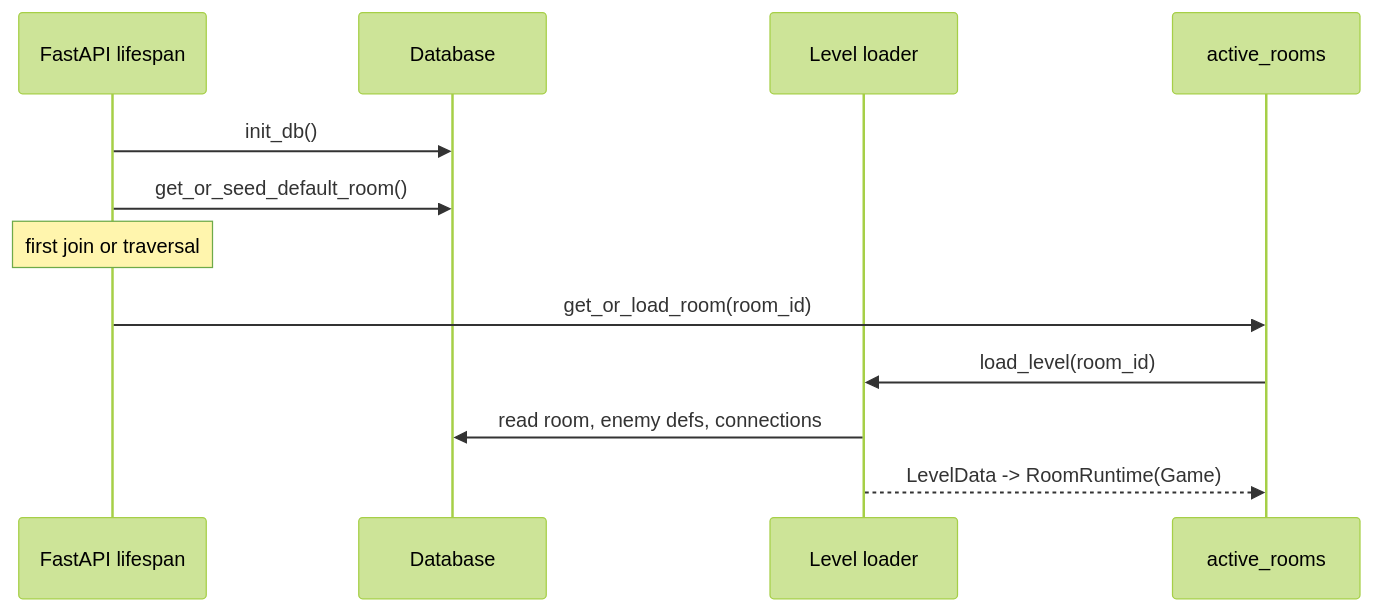
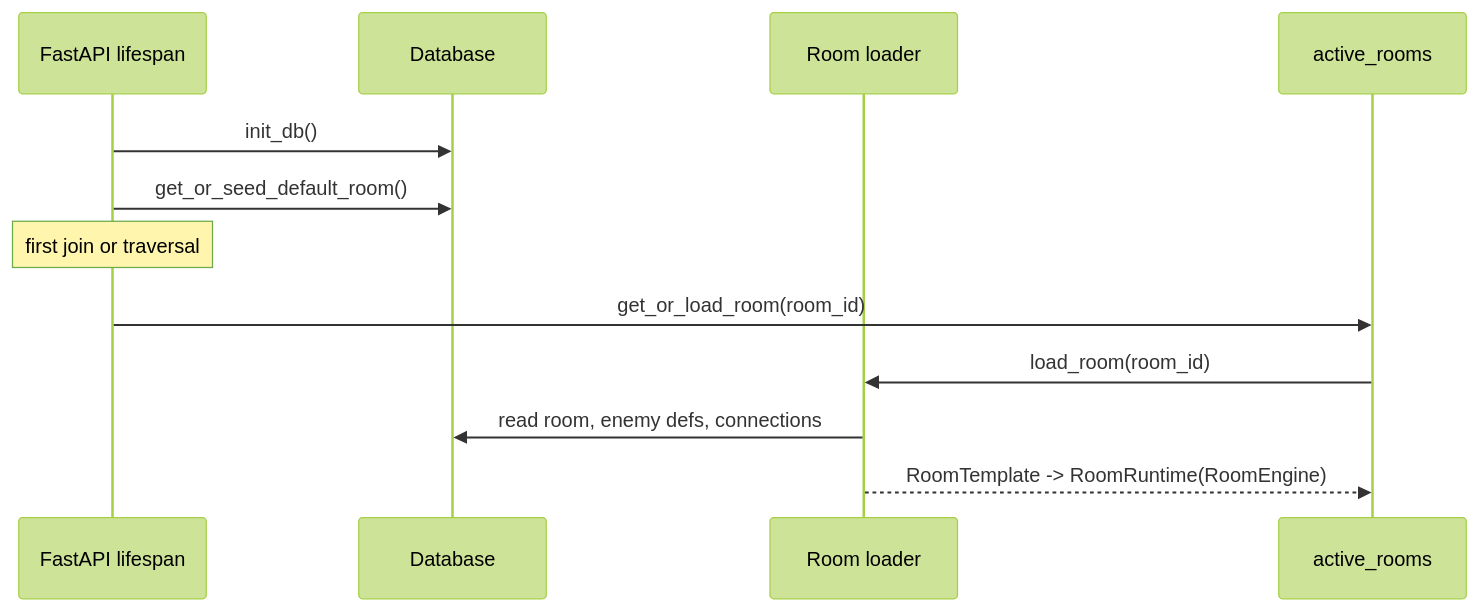
One commit to GoldenWind8/roguelike-mvp changed the second of 6 diagrams in docs/ARCHITECTURE.md. Above: the diagram before and after it, drawn with Mermaid (forest theme). The commit also changed other lines of this file and 29 other files, not shown here.

````diff
--- a/docs/ARCHITECTURE.md
+++ b/docs/ARCHITECTURE.md
@@ -54,15 +54,15 @@
 ```mermaid
 sequenceDiagram
     participant App as FastAPI lifespan
     participant DB as Database
-    participant Loader as Level loader
+    participant Loader as Room loader
     participant Reg as active_rooms
 
     App->>DB: init_db()
     App->>DB: get_or_seed_default_room()
     Note over App: first join or traversal
     App->>Reg: get_or_load_room(room_id)
-    Reg->>Loader: load_level(room_id)
+    Reg->>Loader: load_room(room_id)
     Loader->>DB: read room, enemy defs, connections
-    Loader-->>Reg: LevelData -> RoomRuntime(Game)
+    Loader-->>Reg: RoomTemplate -> RoomRuntime(RoomEngine)
 ```
````
